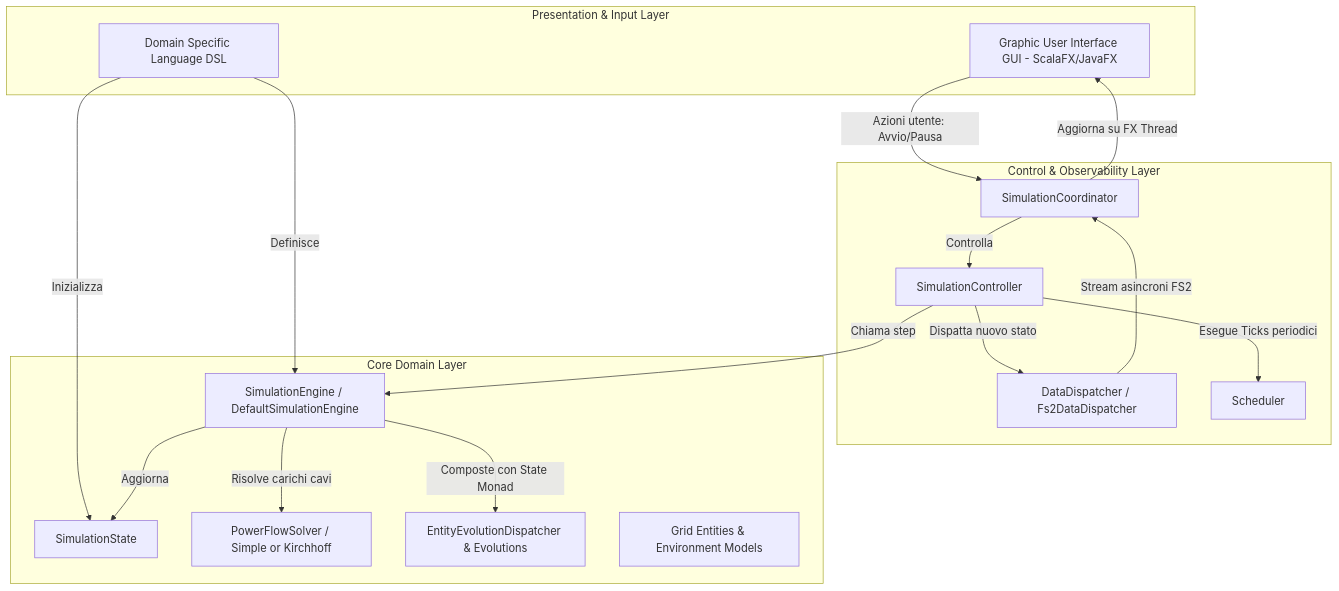
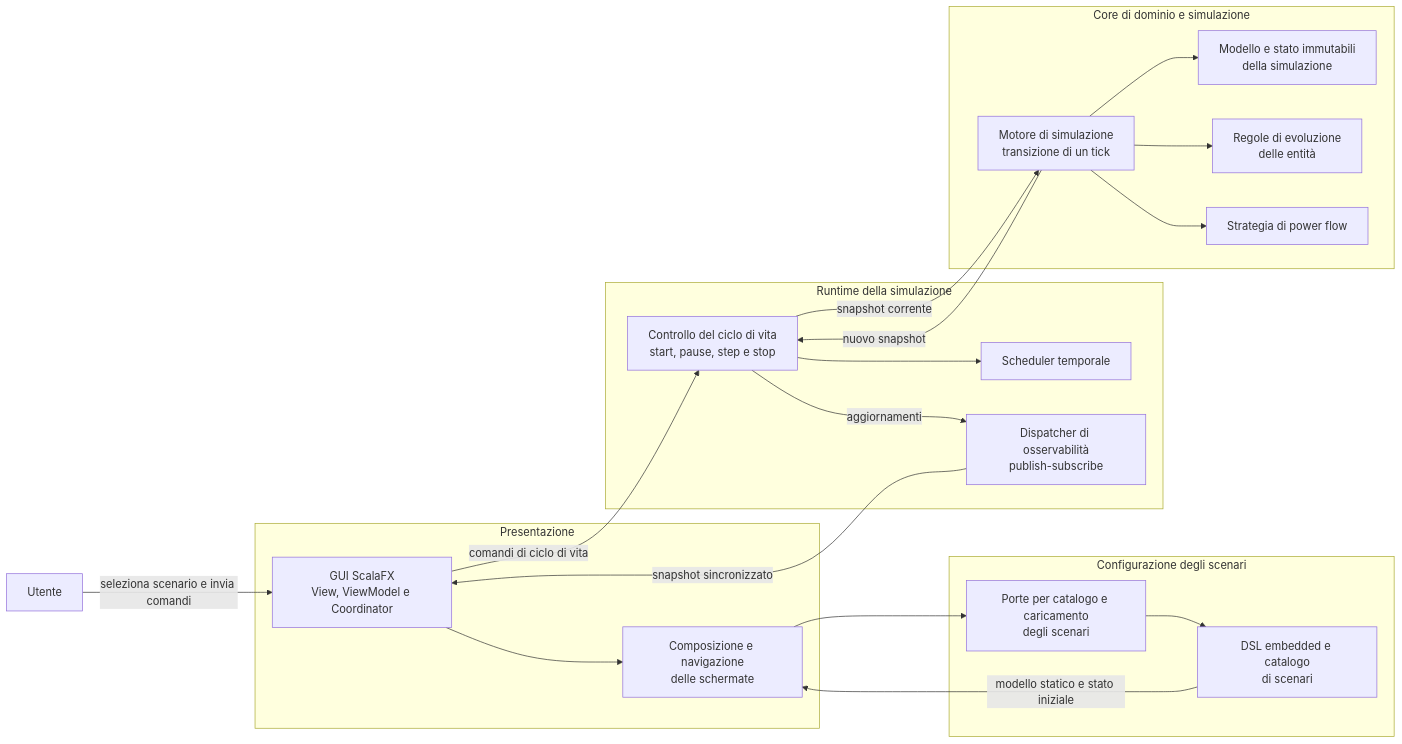
Before and after one commit to bambinim/GridSim: the first of 3 diagrams in docs/04-architectural_design.md, drawn with Mermaid. The commit also changed other lines of this file, not shown here.

Commit message:
feature(docs): update 04-architectural-design

````diff
--- a/docs/04-architectural_design.md
+++ b/docs/04-architectural_design.md
@@ -67,39 +60,44 @@
 ```mermaid
-graph TD
-    subgraph Presentation & Input [Presentation & Input Layer]
-        GUI[Graphic User Interface GUI - ScalaFX/JavaFX]
-        DSL[Domain Specific Language DSL]
+flowchart LR
+    User[Utente]
+
+    subgraph Presentation[Presentazione]
+        GUI[GUI ScalaFX<br/>View, ViewModel e Coordinator]
+        Navigation[Composizione e navigazione<br/>delle schermate]
     end
 
-    subgraph Control & Observability [Control & Observability Layer]
-        SC[SimulationController]
-        SCORD[SimulationCoordinator]
-        DISP[DataDispatcher / Fs2DataDispatcher]
-        SCHED[Scheduler]
+    subgraph Configuration[Configurazione degli scenari]
+        ScenarioPorts[Porte per catalogo e caricamento<br/>degli scenari]
+        DSL[DSL embedded e catalogo<br/>di scenari]
     end
 
-    subgraph Core Domain [Core Domain Layer]
-        SE[SimulationEngine / DefaultSimulationEngine]
-        STATE[SimulationState]
-        SOLVER[PowerFlowSolver / Simple or Kirchhoff]
-        BEHAVIOUR[EntityEvolutionDispatcher & Evolutions]
-        MODEL[Grid Entities & Environment Models]
+    subgraph Runtime[Runtime della simulazione]
+        Controller[Controllo del ciclo di vita<br/>start, pause, step e stop]
+        Scheduler[Scheduler temporale]
+        Dispatcher[Dispatcher di osservabilità<br/>publish-subscribe]
     end
 
-    DSL -->|Inizializza| STATE
-    DSL -->|Definisce| SE
-    
-    GUI -->|Azioni utente: Avvio/Pausa| SCORD
-    SCORD -->|Controlla| SC
-    
-    SC -->|Esegue Ticks periodici| SCHED
-    SC -->|Chiama step| SE
-    
-    SE -->|Composte con State Monad| BEHAVIOUR
-    SE -->|Risolve carichi cavi| SOLVER
-    SE -->|Aggiorna| STATE
-    
-    SC -->|Dispatta nuovo stato| DISP
-    DISP -->|Stream asincroni FS2| SCORD
-    SCORD -->|Aggiorna su FX Thread| GUI
+    subgraph Domain[Core di dominio e simulazione]
+        Model[Modello e stato immutabili<br/>della simulazione]
+        Engine[Motore di simulazione<br/>transizione di un tick]
+        Evolution[Regole di evoluzione<br/>delle entità]
+        Solver[Strategia di power flow]
+    end
+
+    User -->|seleziona scenario e invia comandi| GUI
+    GUI --> Navigation
+    Navigation --> ScenarioPorts
+    ScenarioPorts --> DSL
+    DSL -->|modello statico e stato iniziale| Navigation
+
+    GUI -->|comandi di ciclo di vita| Controller
+    Controller --> Scheduler
+    Controller -->|snapshot corrente| Engine
+    Engine --> Model
+    Engine --> Evolution
+    Engine --> Solver
+    Engine -->|nuovo snapshot| Controller
+
+    Controller -->|aggiornamenti| Dispatcher
+    Dispatcher -->|snapshot sincronizzato| GUI
 ```
````
